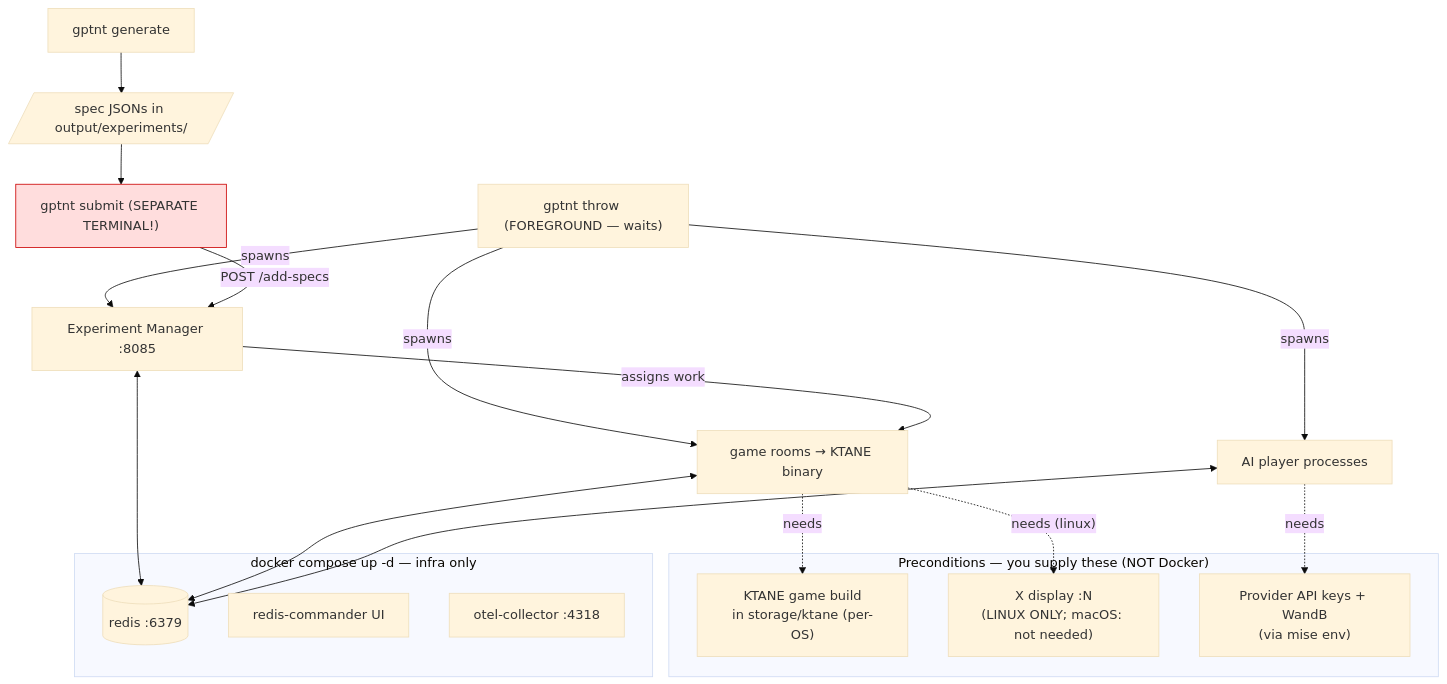
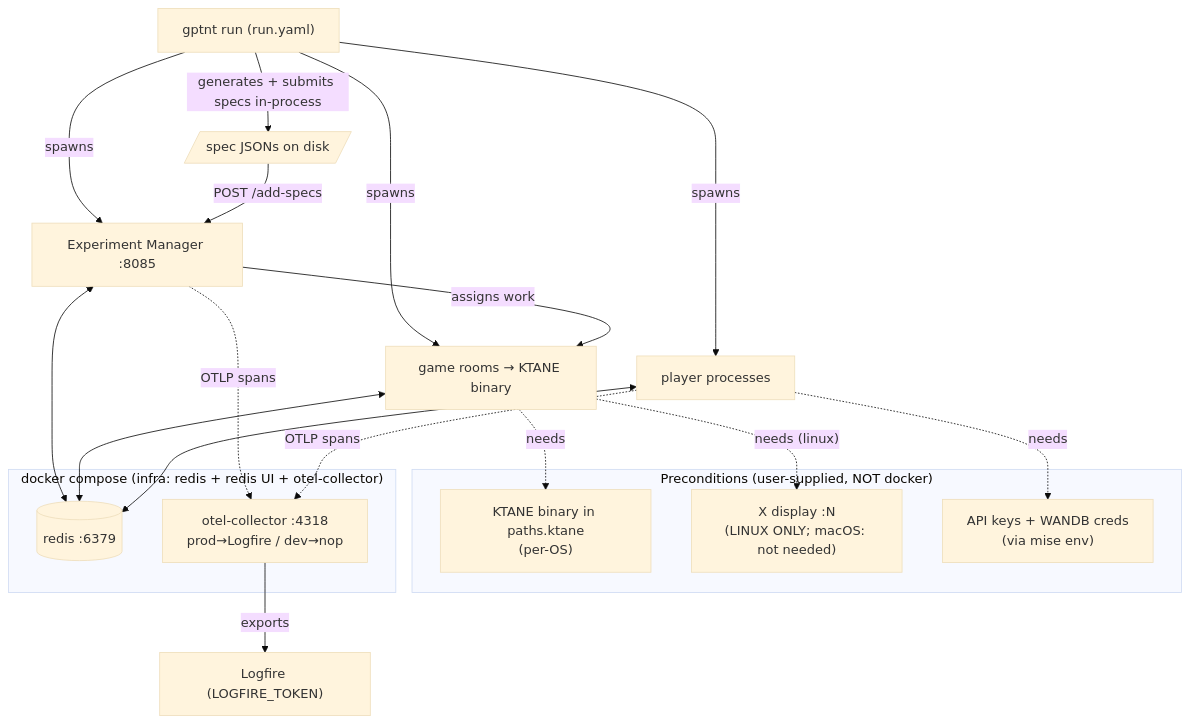
Before and after one commit to GPTNT/gptnt: the diagram in README.md, drawn with Mermaid (base theme). The commit also changed other lines of this file and 3 other files, not shown here.

````diff
--- a/README.md
+++ b/README.md
@@ -12,28 +9,27 @@
 ```mermaid
 flowchart TD
-  subgraph Pre["Preconditions — you supply these (NOT Docker)"]
-    GB["KTANE game build<br/>in storage/ktane (per-OS)"]
+  subgraph Pre["Preconditions (user-supplied, NOT docker)"]
+    GB["KTANE binary in paths.ktane<br/>(per-OS)"]
     XD["X display :N<br/>(LINUX ONLY; macOS: not needed)"]
-    KEYS["Provider API keys + WandB<br/>(via mise env)"]
+    KEYS["API keys + WANDB creds<br/>(via mise env)"]
   end
-  subgraph Docker["docker compose up -d — infra only"]
+  subgraph Docker["docker compose (infra: redis + redis UI + otel-collector)"]
     R[("redis :6379")]
-    UI["redis-commander UI"]
-    OTEL["otel-collector :4318"]
+    OTEL["otel-collector :4318<br/>prod→Logfire / dev→nop"]
   end
-  GEN["gptnt generate"] --> SPECS[/"spec JSONs in output/experiments/"/]
-  THROW["gptnt throw (FOREGROUND — waits)"] -->|spawns| EM["Experiment Manager :8085"]
-  THROW -->|spawns| ROOMS["game rooms → KTANE binary"]
-  THROW -->|spawns| PLAYERS["AI player processes"]
+  RUN["gptnt run (run.yaml)"] -->|spawns| EM["Experiment Manager :8085"]
+  RUN -->|spawns| ROOMS["game rooms → KTANE binary"]
+  RUN -->|spawns| PLAYERS["player processes"]
+  RUN -->|generates + submits specs in-process| SPECS[/"spec JSONs on disk"/]
   ROOMS -. needs .-> GB
   ROOMS -. needs (linux) .-> XD
   PLAYERS -. needs .-> KEYS
   EM <--> R
   ROOMS <--> R
   PLAYERS <--> R
-  SPECS --> SUBMIT["gptnt submit (SEPARATE TERMINAL!)"]
-  SUBMIT -->|POST /add-specs| EM
+  EM -. OTLP spans .-> OTEL
+  PLAYERS -. OTLP spans .-> OTEL
+  OTEL -->|exports| LF["Logfire (LOGFIRE_TOKEN)"]
+  SPECS -->|POST /add-specs| EM
   EM -->|assigns work| ROOMS
-  classDef danger fill:#fdd,stroke:#c00;
-  class SUBMIT danger;
 ```
````
